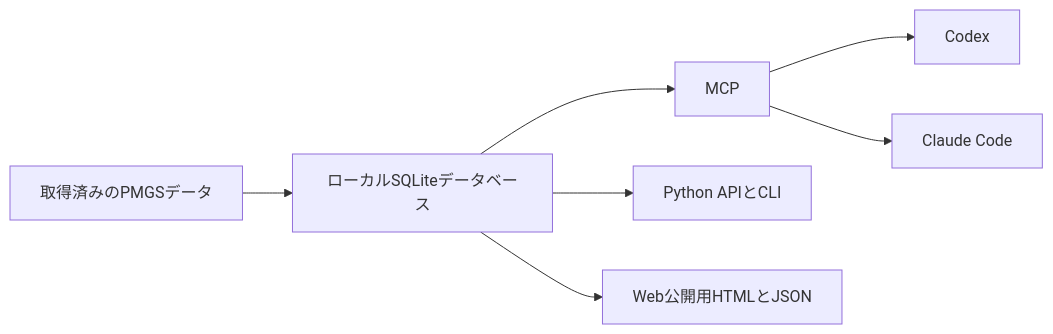
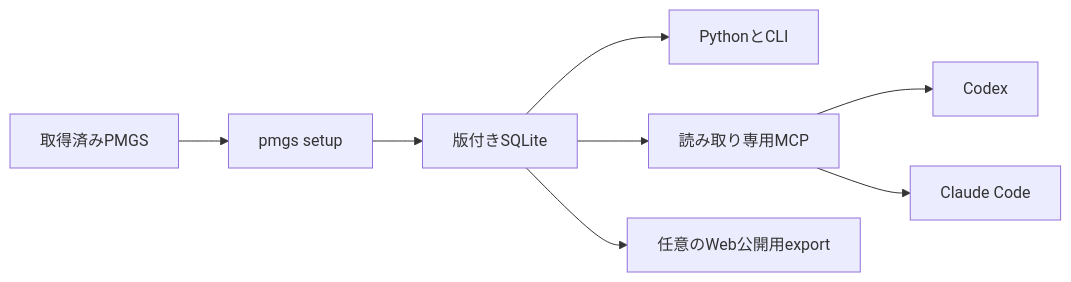
Before and after one commit to Nagi-Inaba/pmgs-reference: the diagram in README.md, drawn with Mermaid. The commit also changed other lines of this file and 39 other files, not shown here.

First line of the commit message:
feat: add transactional pmgs setup

````diff
--- a/README.md
+++ b/README.md
@@ -21,9 +67,10 @@
 ```mermaid
 flowchart LR
-    A["取得済みのPMGSデータ"] --> B["ローカルSQLiteデータベース"]
-    B --> C["MCP"]
-    C --> D["Codex"]
-    C --> E["Claude Code"]
-    B --> F["Python APIとCLI"]
-    B --> G["Web公開用HTMLとJSON"]
+    A["取得済みPMGS"] --> B["pmgs setup"]
+    B --> C["版付きSQLite"]
+    C --> D["PythonとCLI"]
+    C --> E["読み取り専用MCP"]
+    E --> F["Codex"]
+    E --> G["Claude Code"]
+    C --> H["任意のWeb公開用export"]
 ```
````
